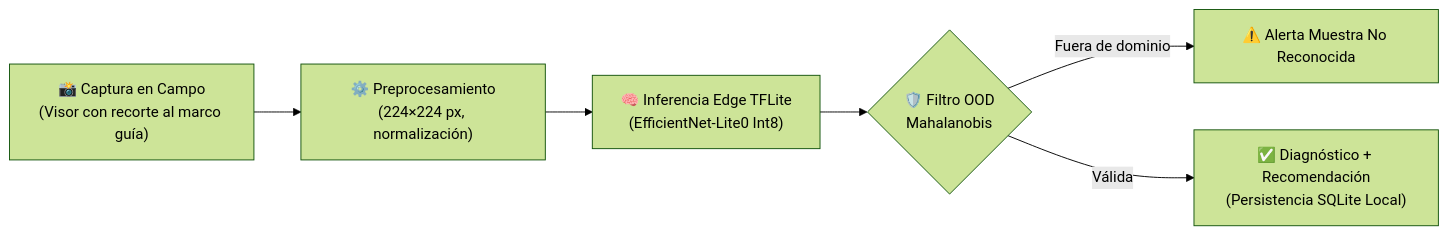
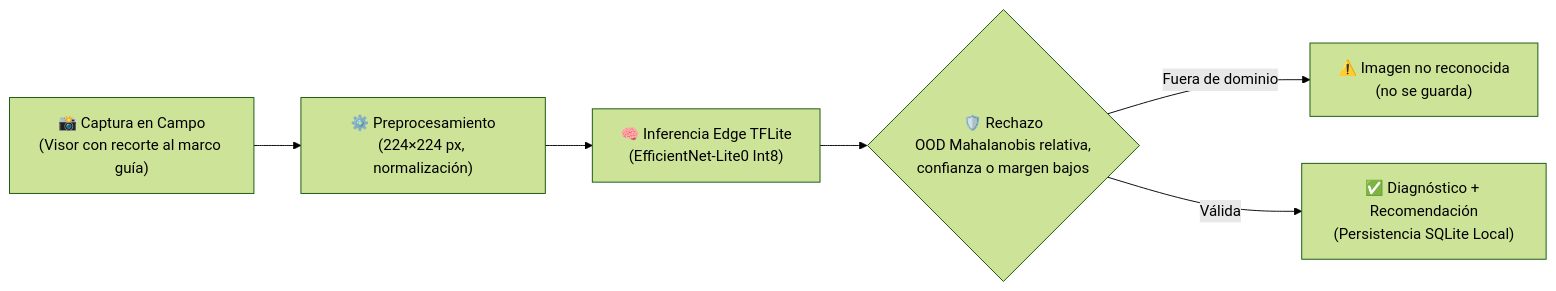
The diagram in docs/es/index.md (daiv05/maize-doctor-classifier), drawn with Mermaid (forest theme) before and after one commit. The commit also changed other lines of this file and 8 other files, not shown here.

````diff
--- a/docs/es/index.md
+++ b/docs/es/index.md
@@ -100,8 +100,8 @@
 ```mermaid
 flowchart LR
     A["📸 Captura en Campo<br>(Visor con recorte al marco guía)"] --> B["⚙️ Preprocesamiento<br>(224×224 px, normalización)"]
     B --> C["🧠 Inferencia Edge TFLite<br>(EfficientNet-Lite0 Int8)"]
-    C --> D{"🛡️ Filtro OOD<br>Mahalanobis"}
-    D -- "Fuera de dominio" --> E["⚠️ Alerta Muestra No Reconocida"]
+    C --> D{"🛡️ Rechazo<br>OOD Mahalanobis relativa,<br>confianza o margen bajos"}
+    D -- "Fuera de dominio" --> E["⚠️ Imagen no reconocida<br>(no se guarda)"]
     D -- "Válida" --> F["✅ Diagnóstico + Recomendación<br>(Persistencia SQLite Local)"]
 ```
````
